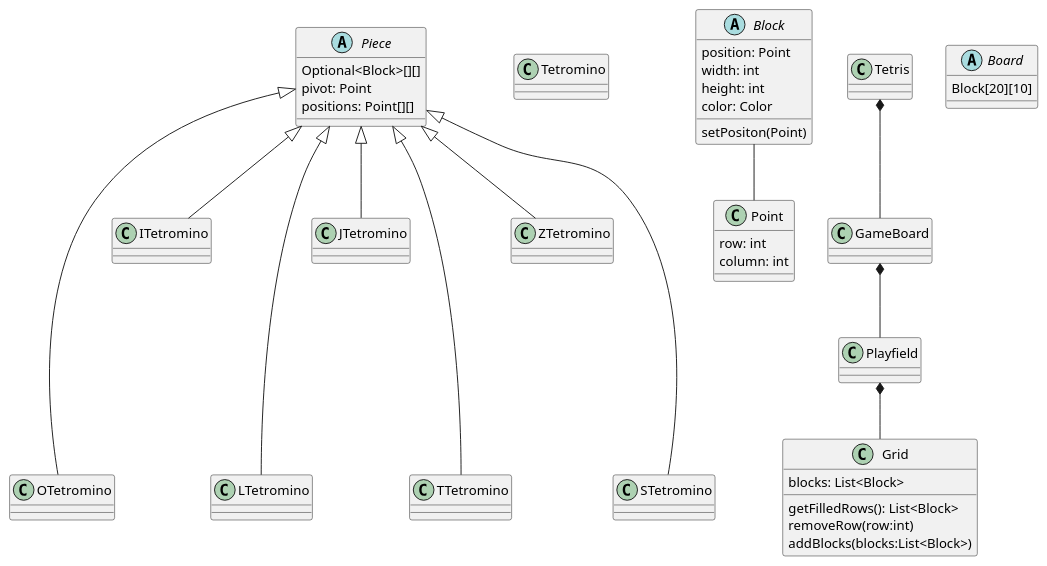
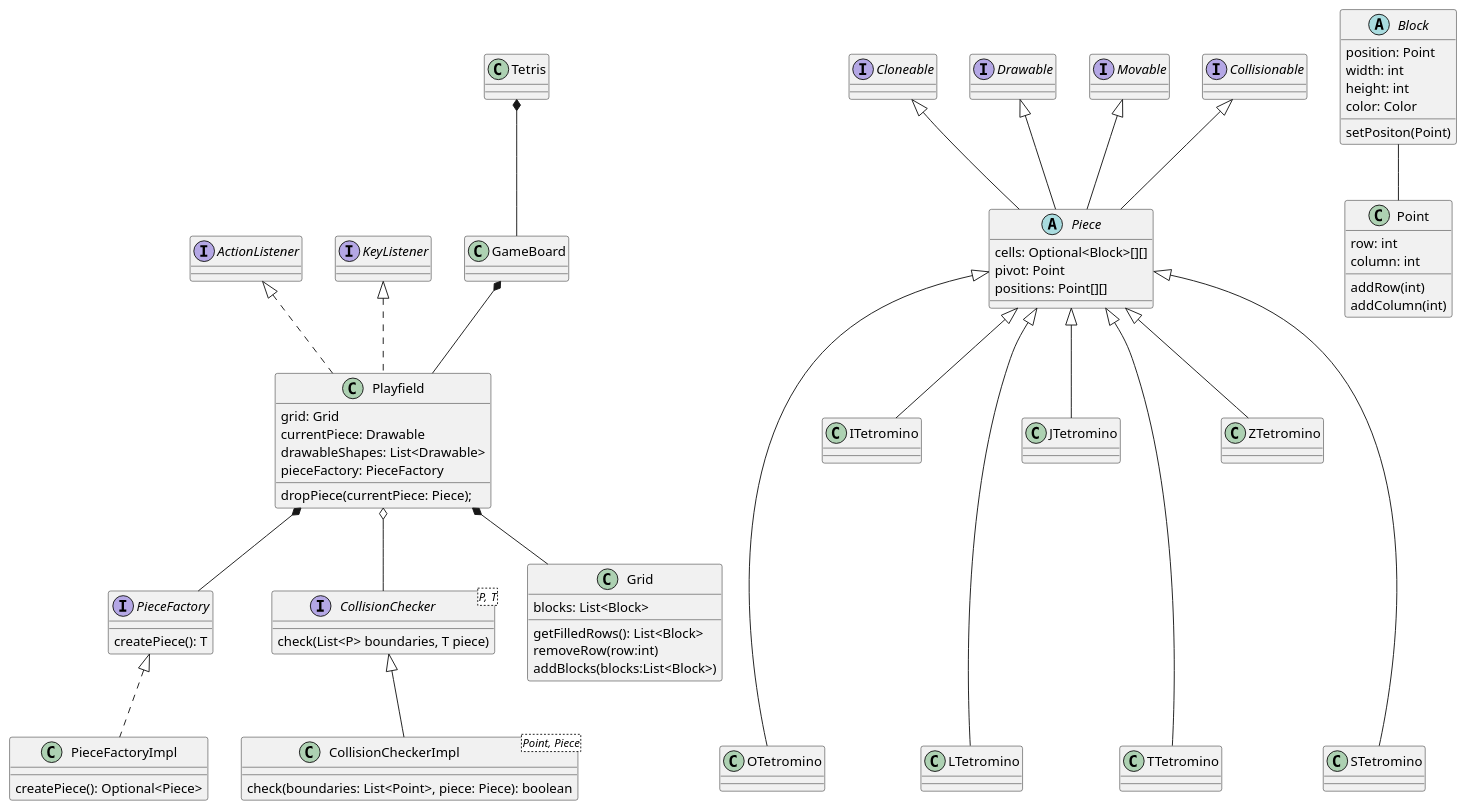
The diagram in src/main/java/tetris.puml (azambrana/tetris), drawn with PlantUML before and after one commit. The commit also changed 1 other file, not shown here.

Commit message:
update class diagram

```diff
--- a/src/main/java/tetris.puml
+++ b/src/main/java/tetris.puml
@@ -1,56 +1,101 @@
 @startuml
 'https://plantuml.com/class-diagram
 
+interface ActionListener
+interface KeyListener
+interface Cloneable
+interface Drawable
+interface Movable
+interface Collisionable
+interface PieceFactory
+interface CollisionChecker
+
 abstract Piece
-class Tetromino
 abstract Block
 class Point
 class GameBoard
 class Tetris
 class Grid
+class PieceFactoryImpl
 
+Cloneable <|-- Piece
+Drawable <|-- Piece
+Collisionable <|-- Piece
+Movable <|-- Piece
+
+CollisionChecker <|-- CollisionCheckerImpl
 Piece <|---- OTetromino
 Piece <|-- ITetromino
 Piece <|---- LTetromino
 Piece <|-- JTetromino
 Piece <|---- TTetromino
 Piece <|-- ZTetromino
 Piece <|---- STetromino
 
 Block -- Point
 Tetris *-- GameBoard
 GameBoard *-- Playfield
 Playfield *-- Grid
+Playfield *-- PieceFactory
+Playfield o-- CollisionChecker
+KeyListener <|.. Playfield
+ActionListener <|.. Playfield
+
+PieceFactory <|.. PieceFactoryImpl
+
+class Playfield {
+    grid: Grid
+    currentPiece: Drawable
+    drawableShapes: List<Drawable>
+    pieceFactory: PieceFactory
+
+    dropPiece(currentPiece: Piece);
+}
 
 class Grid {
     blocks: List<Block>
     getFilledRows(): List<Block>
     removeRow(row:int)
     addBlocks(blocks:List<Block>)
 }
 
-abstract Board {
-    Block[20][10]
-}
-
 abstract Piece {
-    Optional<Block>[][]
+    cells: Optional<Block>[][]
     pivot: Point
     positions: Point[][]
 }
 
 class Point {
     row: int
     column: int
+
+    addRow(int)
+    addColumn(int)
 }
 
 abstract Block {
     position: Point
     width: int
     height: int
     color: Color
 
     setPositon(Point)
 }
 
+interface PieceFactory {
+    createPiece(): T
+}
+
+class PieceFactoryImpl {
+    createPiece(): Optional<Piece>
+}
+
+interface CollisionChecker<P, T> {
+    check(List<P> boundaries, T piece)
+}
+
+class CollisionCheckerImpl<Point, Piece> {
+    check(boundaries: List<Point>, piece: Piece): boolean
+}
+
 @enduml
```
